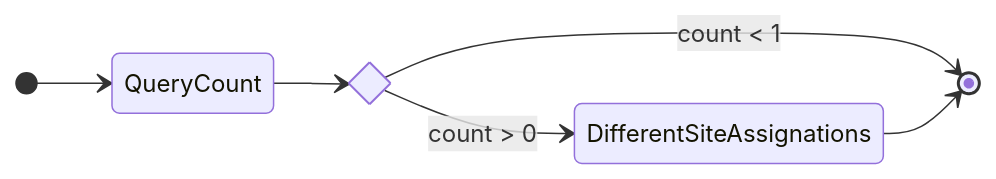
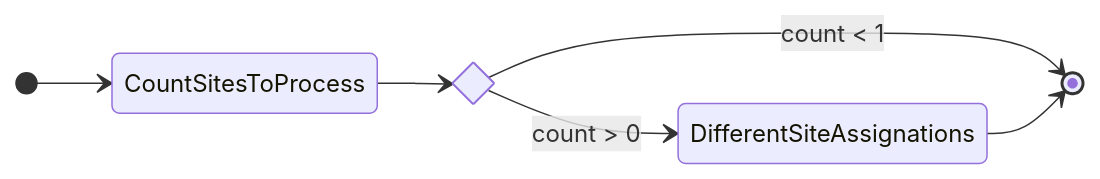
The first of 2 diagrams in README.md (gusVG/EDAi), drawn with Mermaid before and after one commit. The commit also changed other lines of this file, not shown here.

````diff
--- a/README.md
+++ b/README.md
@@ -6,10 +12,10 @@
 ```mermaid
 stateDiagram
 direction  LR
   state branch <<choice>>
-  [*] --> QueryCount
-  QueryCount --> branch
-  branch --> DifferentSiteAssignations:count > 0
-  branch --> [*]:count < 1
+  [*] --> CountSitesToProcess
+  CountSitesToProcess --> branch
+  branch --> DifferentSiteAssignations: count > 0
+  branch --> [*]: count < 1
   DifferentSiteAssignations --> [*]
 ```
````
